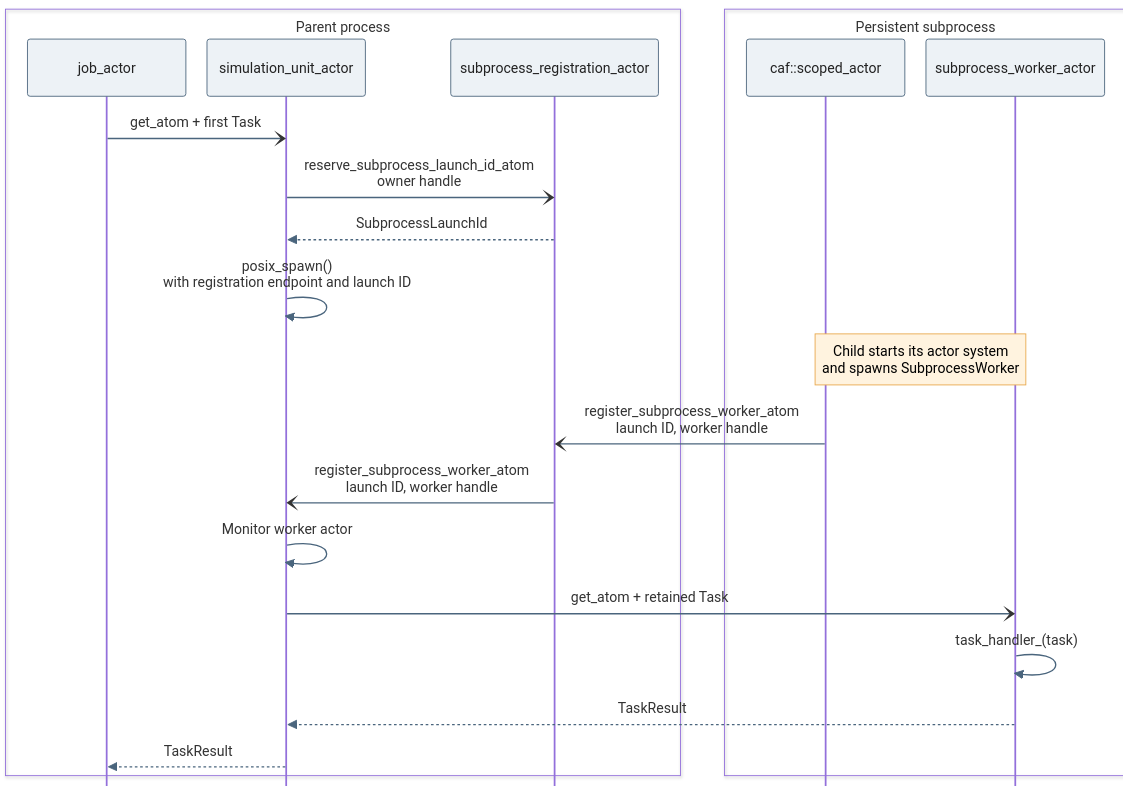
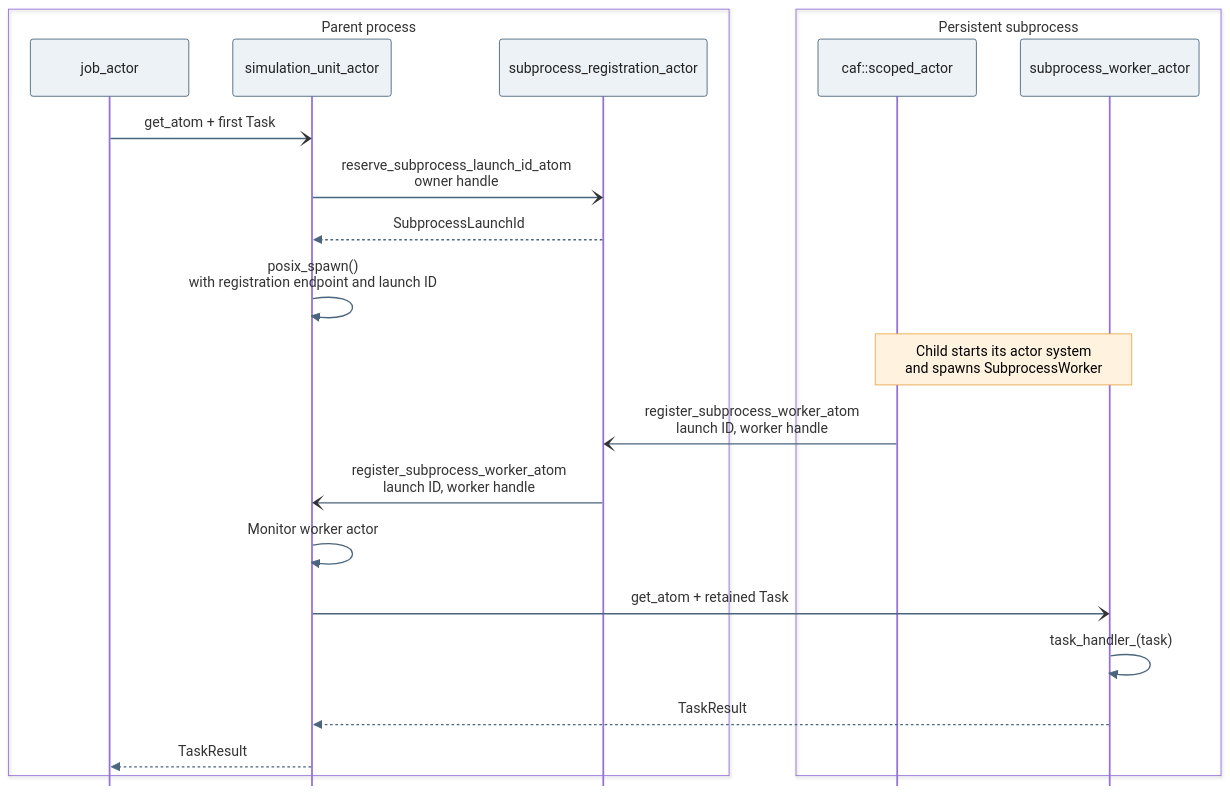
Before and after one commit to uofs-simlab/miaow-framework: the diagram in docs/diagrams/subprocess_registration.mmd, drawn with Mermaid. The commit also changed 2 other files, not shown here.

```diff
--- a/docs/diagrams/subprocess_registration.mmd
+++ b/docs/diagrams/subprocess_registration.mmd
@@ -1,44 +1,44 @@
 ---
 config:
   sequence:
     useMaxWidth: true
     mirrorActors: false
     width: 180
-    actorMargin: 24
-    diagramMarginX: 16
+    actorMargin: 50
+    diagramMarginX: 50
     diagramMarginY: 12
     messageMargin: 18
     actorFontSize: 14
     messageFontSize: 14
     noteFontSize: 14
   themeVariables:
     actorBkg: "#edf2f6"
     actorBorder: "#4a657d"
     actorTextColor: "#222222"
     signalColor: "#4a657d"
     noteBkgColor: "#fff3df"
     noteBorderColor: "#e8a84b"
 ---
 sequenceDiagram
     box transparent Parent process
         participant J as job_actor
         participant U as simulation_unit_actor
         participant Reg as subprocess_registration_actor
     end
     box transparent Persistent subprocess
         participant A as caf::scoped_actor
         participant W as subprocess_worker_actor
     end
 
     J-)U: get_atom + first Task
     U-)Reg: reserve_subprocess_launch_id_atom<br/>owner handle
     Reg-->>U: SubprocessLaunchId
     U->>U: posix_spawn()<br/>with registration endpoint and launch ID
     Note over A,W: Child starts its actor system<br/>and spawns SubprocessWorker
     A-)Reg: register_subprocess_worker_atom<br/>launch ID, worker handle
     Reg-)U: register_subprocess_worker_atom<br/>launch ID, worker handle
     U->>U: Monitor worker actor
     U-)W: get_atom + retained Task
     W->>W: task_handler_(task)
     W-->>U: TaskResult
     U-->>J: TaskResult
```
